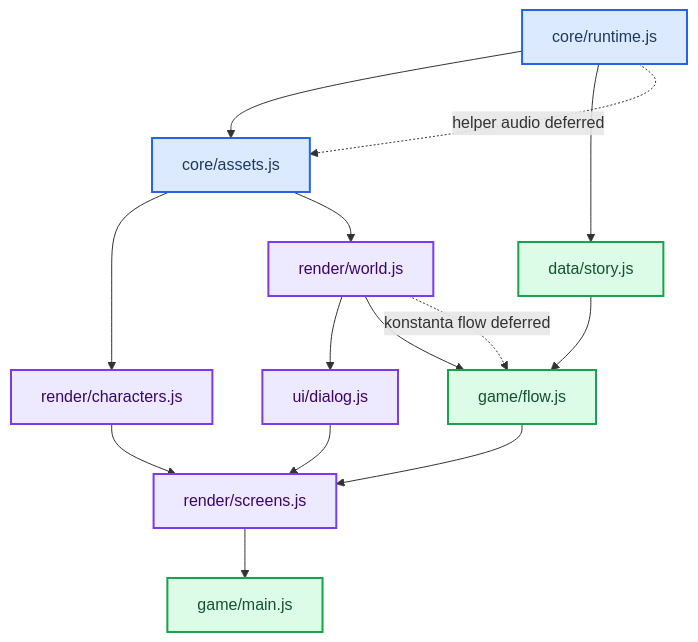
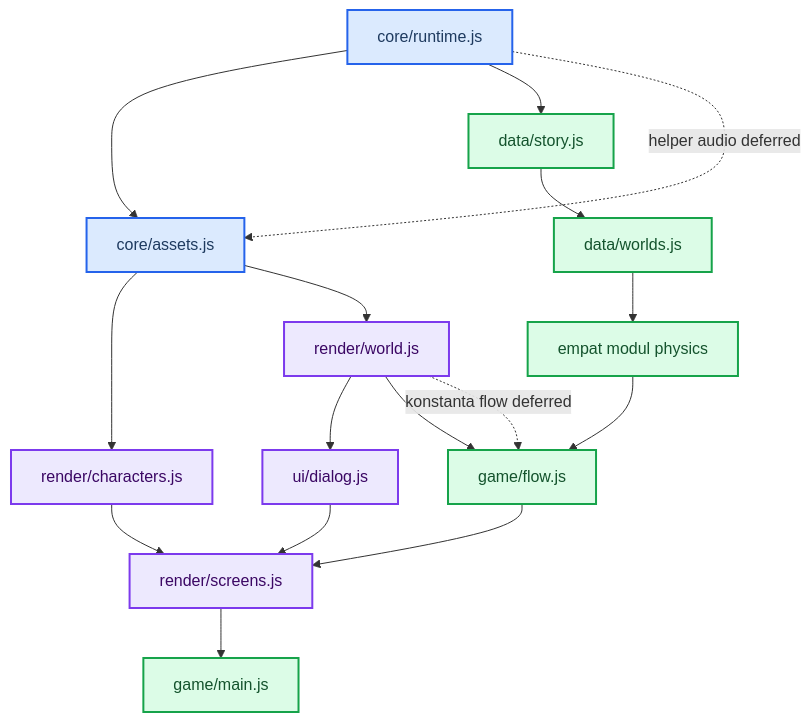
Before and after one commit to will702/hearts-across-time: the third of 5 diagrams in docs/ARCHITECTURE.md, drawn with Mermaid. The commit also changed other lines of this file and 21 other files, not shown here.

````diff
--- a/docs/ARCHITECTURE.md
+++ b/docs/ARCHITECTURE.md
@@ -81,26 +82,28 @@
 ```mermaid
 flowchart TB
     accTitle: Dependency Classic Script
     accDescr: Urutan load menghasilkan global bersama dari runtime sampai bootstrap Phaser; garis putus-putus menandai referensi deferred yang baru dipakai setelah seluruh script termuat.
 
     runtime[core/runtime.js] --> assets[core/assets.js]
     assets --> characters[render/characters.js]
     assets --> world[render/world.js]
     world --> dialog[ui/dialog.js]
     runtime --> story[data/story.js]
-    story --> flow[game/flow.js]
+    story --> worlds[data/worlds.js]
+    worlds --> physics[empat modul physics]
+    physics --> flow[game/flow.js]
     world --> flow
     characters --> screens[render/screens.js]
     dialog --> screens
     flow --> screens
     screens --> main[game/main.js]
     runtime -.->|helper audio deferred| assets
     world -.->|konstanta flow deferred| flow
 
     classDef core fill:#dbeafe,stroke:#2563eb,stroke-width:2px,color:#1e3a5f
     classDef game fill:#dcfce7,stroke:#16a34a,stroke-width:2px,color:#14532d
     classDef view fill:#ede9fe,stroke:#7c3aed,stroke-width:2px,color:#3b0764
     class runtime,assets core
-    class story,flow,main game
+    class story,worlds,physics,flow,main game
     class characters,world,dialog,screens view
 ```
````
